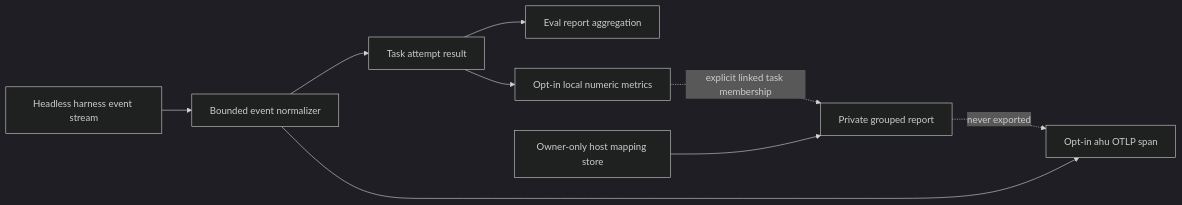
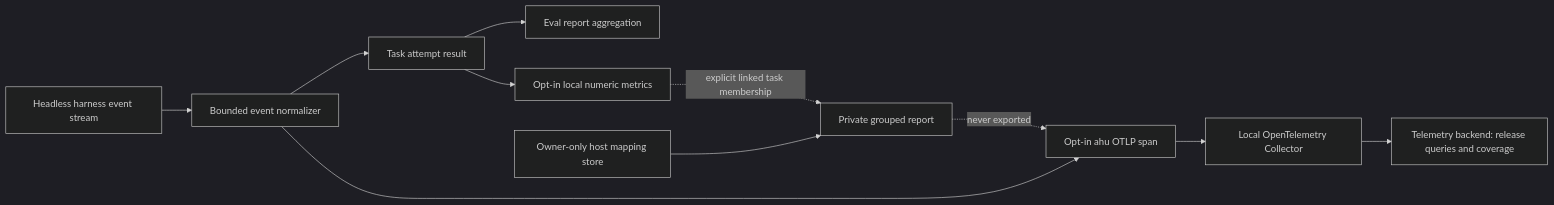
One commit to moai-agent/ahu changed the diagram in docs/knowledge/telemetry-evidence.md. Above: the diagram before and after it, drawn with Mermaid (dark theme). The commit also changed other lines of this file and 26 other files, not shown here.

````diff
--- a/docs/knowledge/telemetry-evidence.md
+++ b/docs/knowledge/telemetry-evidence.md
@@ -32,11 +32,13 @@
 ```mermaid
 flowchart LR
     Harness["Headless harness event stream"] --> Normalize["Bounded event normalizer"]
     Normalize --> Result["Task attempt result"]
     Normalize --> Span["Opt-in ahu OTLP span"]
+    Span --> Collector["Local OpenTelemetry Collector"]
+    Collector --> Backend["Telemetry backend: release queries and coverage"]
     Result --> Eval["Eval report aggregation"]
     Result --> Local["Opt-in local numeric metrics"]
     Host["Owner-only host mapping store"] --> Private["Private grouped report"]
     Local -. "explicit linked task membership" .-> Private
     Private -. "never exported" .-> Span
 ```
````
